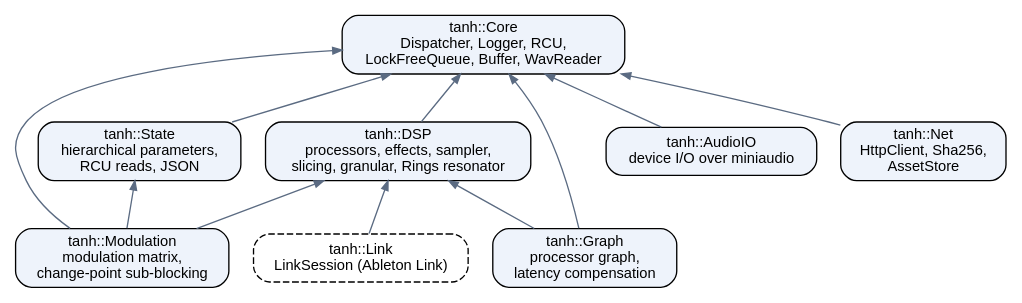
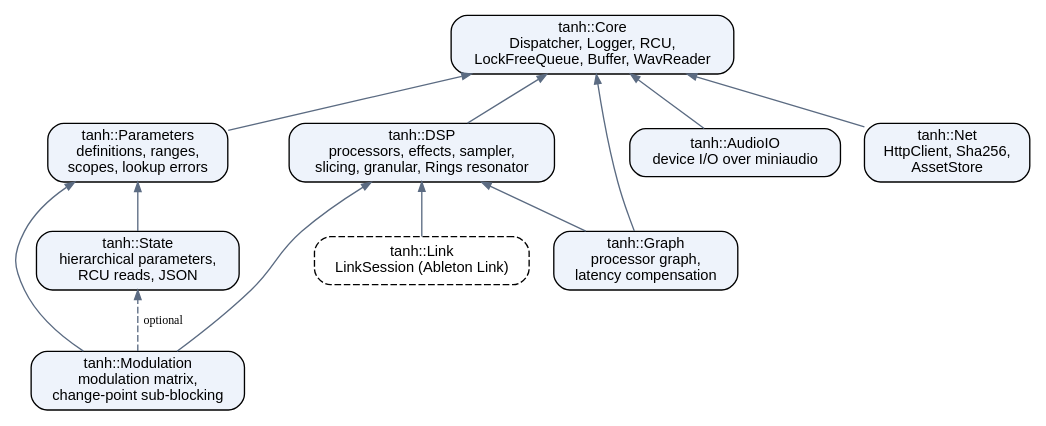
One commit to tanh-lab/tanh-lib changed the diagram in docs/sphinx/components.rst. Above: the diagram before and after it, drawn with Graphviz. The commit also changed other lines of this file and 61 other files, not shown here.

```diff
--- a/docs/sphinx/components.rst
+++ b/docs/sphinx/components.rst
@@ -13,28 +14,31 @@
 .. graphviz::
    :align: center
 
    digraph components {
        rankdir = BT;
        node [shape=box, style="rounded,filled", fillcolor="#eef3fb", fontname="Helvetica", fontsize=11];
        edge [color="#5b6b82", arrowsize=0.7];
 
        core       [label="tanh::Core\nDispatcher, Logger, RCU,\nLockFreeQueue, Buffer, WavReader"];
+       parameters [label="tanh::Parameters\ndefinitions, ranges,\nscopes, lookup errors"];
        state      [label="tanh::State\nhierarchical parameters,\nRCU reads, JSON"];
        dsp        [label="tanh::DSP\nprocessors, effects, sampler,\nslicing, granular, Rings resonator"];
        modulation [label="tanh::Modulation\nmodulation matrix,\nchange-point sub-blocking"];
        audio_io   [label="tanh::AudioIO\ndevice I/O over miniaudio"];
        net        [label="tanh::Net\nHttpClient, Sha256,\nAssetStore"];
+       link       [label="tanh::Link\nLinkSession (Ableton Link)", style="rounded,dashed"];
        graph_node [label="tanh::Graph\nprocessor graph,\nlatency compensation"];
        link       [label="tanh::Link\nLinkSession (Ableton Link)", style="rounded,dashed"];
 
-       state -> core;
+       parameters -> core;
+       state -> parameters;
        dsp -> core;
        audio_io -> core;
        net -> core;
+       modulation -> parameters;
+       modulation -> state [style=dashed, label="optional", fontsize=9];
        graph_node -> core;
        graph_node -> dsp;
-       modulation -> core;
-       modulation -> state;
        modulation -> dsp;
        link -> dsp;
    }
```
